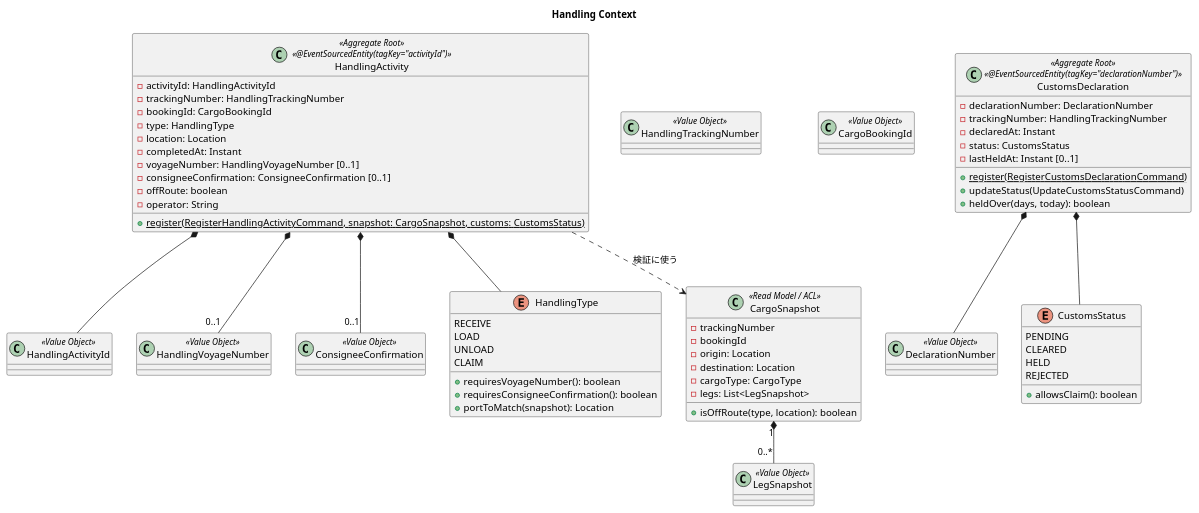
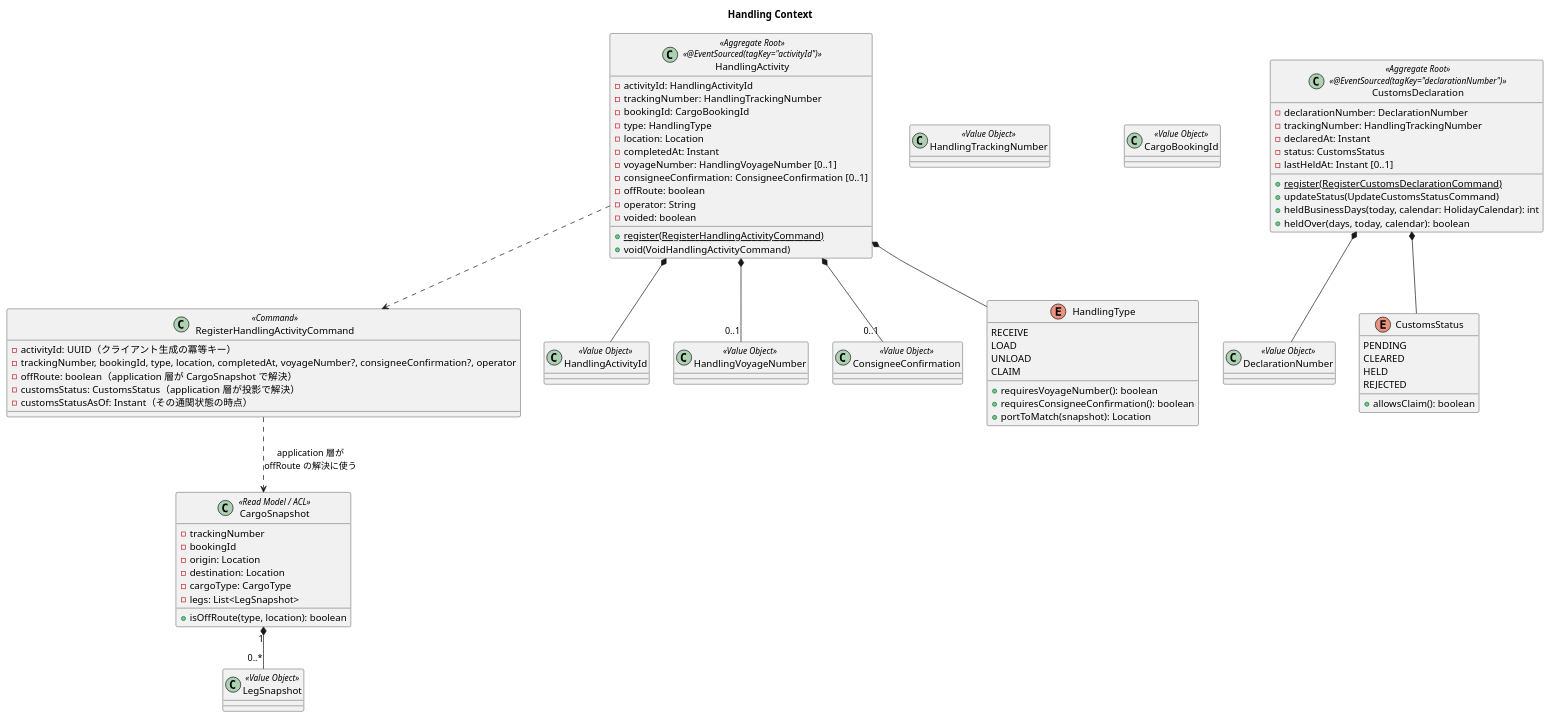
One commit to k2works/case-study-cargo-tracker changed the ninth of 13 diagrams in docs/design/cargo-tracker/domain-model.md. Above: the diagram before and after it, drawn with PlantUML. The commit also changed other lines of this file and 18 other files, not shown here.

```diff
--- a/docs/design/cargo-tracker/domain-model.md
+++ b/docs/design/cargo-tracker/domain-model.md
@@ -814,7 +838,7 @@
 @startuml
 title Handling Context
 
-class HandlingActivity <<Aggregate Root>> <<@EventSourcedEntity(tagKey="activityId")>> {
+class HandlingActivity <<Aggregate Root>> <<@EventSourced(tagKey="activityId")>> {
   - activityId: HandlingActivityId
   - trackingNumber: HandlingTrackingNumber
   - bookingId: CargoBookingId
@@ -825,7 +849,16 @@
   - consigneeConfirmation: ConsigneeConfirmation [0..1]
   - offRoute: boolean
   - operator: String
-  + {static} register(RegisterHandlingActivityCommand, snapshot: CargoSnapshot, customs: CustomsStatus)
+  - voided: boolean
+  + {static} register(RegisterHandlingActivityCommand)
+  + void(VoidHandlingActivityCommand)
+}
+class RegisterHandlingActivityCommand <<Command>> {
+  - activityId: UUID（クライアント生成の冪等キー）
+  - trackingNumber, bookingId, type, location, completedAt, voyageNumber?, consigneeConfirmation?, operator
+  - offRoute: boolean（application 層が CargoSnapshot で解決）
+  - customsStatus: CustomsStatus（application 層が投影で解決）
+  - customsStatusAsOf: Instant（その通関状態の時点）
 }
 class HandlingActivityId <<Value Object>>
 class HandlingTrackingNumber <<Value Object>>
@@ -854,7 +887,7 @@
 }
 class LegSnapshot <<Value Object>>
 
-class CustomsDeclaration <<Aggregate Root>> <<@EventSourcedEntity(tagKey="declarationNumber")>> {
+class CustomsDeclaration <<Aggregate Root>> <<@EventSourced(tagKey="declarationNumber")>> {
   - declarationNumber: DeclarationNumber
   - trackingNumber: HandlingTrackingNumber
   - declaredAt: Instant
@@ -862,7 +895,8 @@
   - lastHeldAt: Instant [0..1]
   + {static} register(RegisterCustomsDeclarationCommand)
   + updateStatus(UpdateCustomsStatusCommand)
-  + heldOver(days, today): boolean
+  + heldBusinessDays(today, calendar: HolidayCalendar): int
+  + heldOver(days, today, calendar): boolean
 }
 class DeclarationNumber <<Value Object>>
 enum CustomsStatus {
@@ -877,7 +911,8 @@
 HandlingActivity *-- HandlingType
 HandlingActivity *-- "0..1" HandlingVoyageNumber
 HandlingActivity *-- "0..1" ConsigneeConfirmation
-HandlingActivity ..> CargoSnapshot : 検証に使う
+RegisterHandlingActivityCommand ..> CargoSnapshot : application 層が\noffRoute の解決に使う
+HandlingActivity ..> RegisterHandlingActivityCommand
 CargoSnapshot "1" *-- "0..*" LegSnapshot
 CustomsDeclaration *-- DeclarationNumber
 CustomsDeclaration *-- CustomsStatus
```
